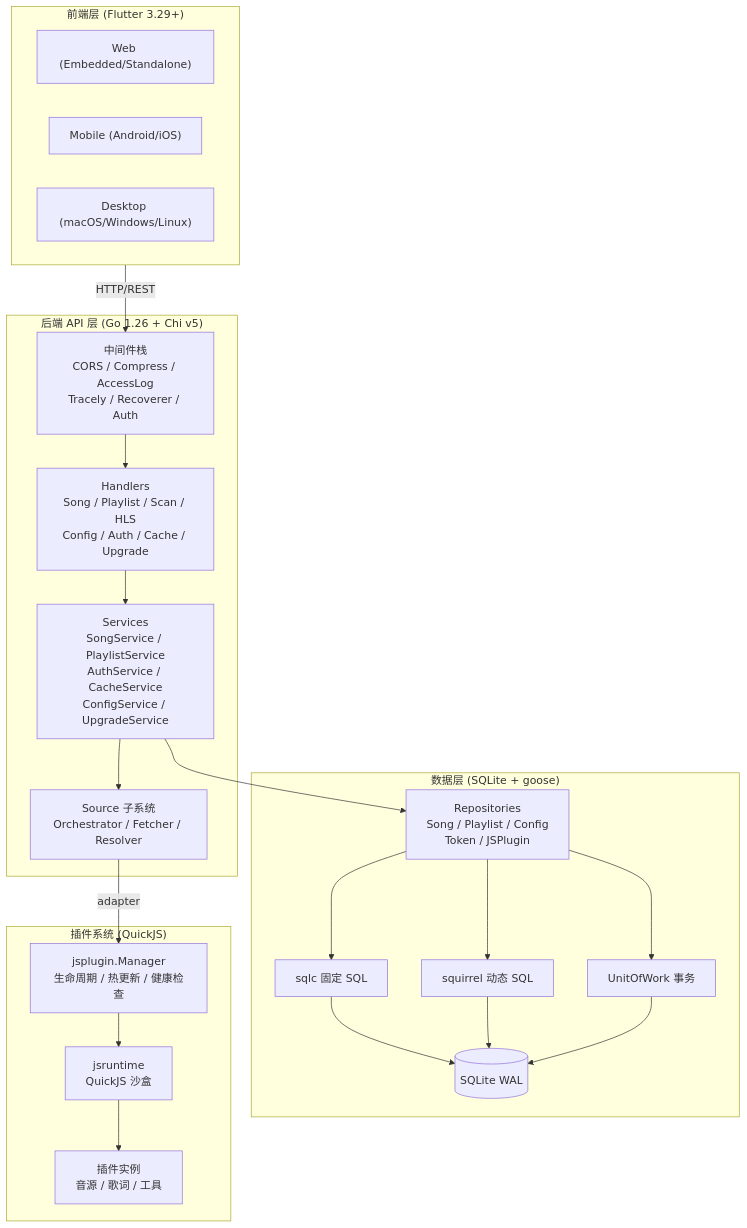
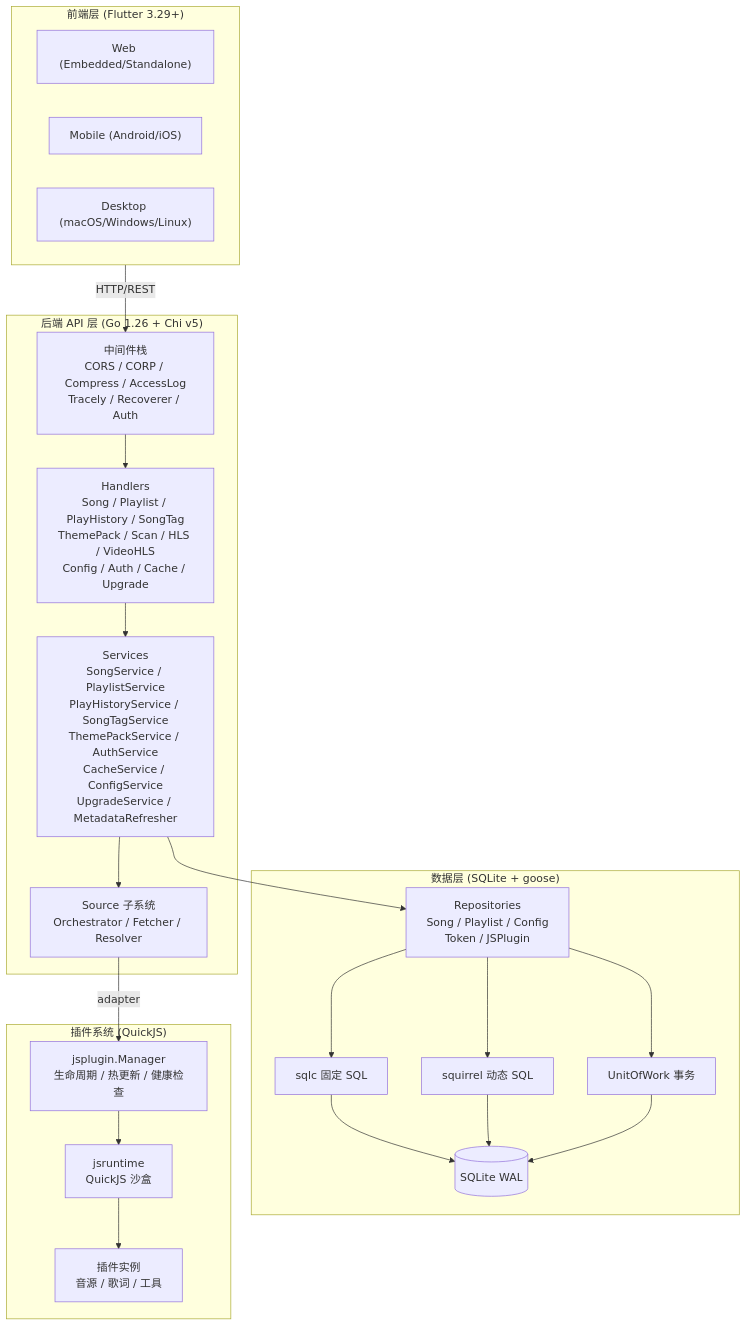
One commit to MambaOutZY/songloft-gemini changed the first of 8 diagrams in docs/repowiki/系统架构设计.md. Above: the diagram before and after it, drawn with Mermaid. The commit also changed other lines of this file and 29 other files, not shown here.

````diff
--- a/docs/repowiki/系统架构设计.md
+++ b/docs/repowiki/系统架构设计.md
@@ -58,44 +58,44 @@
 ```mermaid
 graph TB
     subgraph Frontend["前端层 (Flutter 3.29+)"]
         WEB["Web (Embedded/Standalone)"]
         MOBILE["Mobile (Android/iOS)"]
         DESKTOP["Desktop (macOS/Windows/Linux)"]
     end
 
     subgraph Backend["后端 API 层 (Go 1.26 + Chi v5)"]
-        MW["中间件栈<br/>CORS / Compress / AccessLog<br/>Tracely / Recoverer / Auth"]
-        HANDLERS["Handlers<br/>Song / Playlist / Scan / HLS<br/>Config / Auth / Cache / Upgrade"]
-        SERVICES["Services<br/>SongService / PlaylistService<br/>AuthService / CacheService<br/>ConfigService / UpgradeService"]
+        MW["中间件栈<br/>CORS / CORP / Compress / AccessLog<br/>Tracely / Recoverer / Auth"]
+        HANDLERS["Handlers<br/>Song / Playlist / PlayHistory / SongTag<br/>ThemePack / Scan / HLS / VideoHLS<br/>Config / Auth / Cache / Upgrade"]
+        SERVICES["Services<br/>SongService / PlaylistService<br/>PlayHistoryService / SongTagService<br/>ThemePackService / AuthService<br/>CacheService / ConfigService<br/>UpgradeService / MetadataRefresher"]
         SOURCE["Source 子系统<br/>Orchestrator / Fetcher / Resolver"]
     end
 
     subgraph DataLayer["数据层 (SQLite + goose)"]
         REPO["Repositories<br/>Song / Playlist / Config<br/>Token / JSPlugin"]
         SQLC["sqlc 固定 SQL"]
         SQ["squirrel 动态 SQL"]
         UOW["UnitOfWork 事务"]
         DB[("SQLite WAL")]
     end
 
     subgraph PluginSystem["插件系统 (QuickJS)"]
         MGR["jsplugin.Manager<br/>生命周期 / 热更新 / 健康检查"]
         RUNTIME["jsruntime<br/>QuickJS 沙盒"]
         PLUGINS["插件实例<br/>音源 / 歌词 / 工具"]
     end
 
     Frontend -->|HTTP/REST| MW
     MW --> HANDLERS
     HANDLERS --> SERVICES
     SERVICES --> SOURCE
     SOURCE -->|adapter| MGR
     SERVICES --> REPO
     REPO --> SQLC
     REPO --> SQ
     REPO --> UOW
     SQLC --> DB
     SQ --> DB
     UOW --> DB
     MGR --> RUNTIME
     RUNTIME --> PLUGINS
 ```
````
